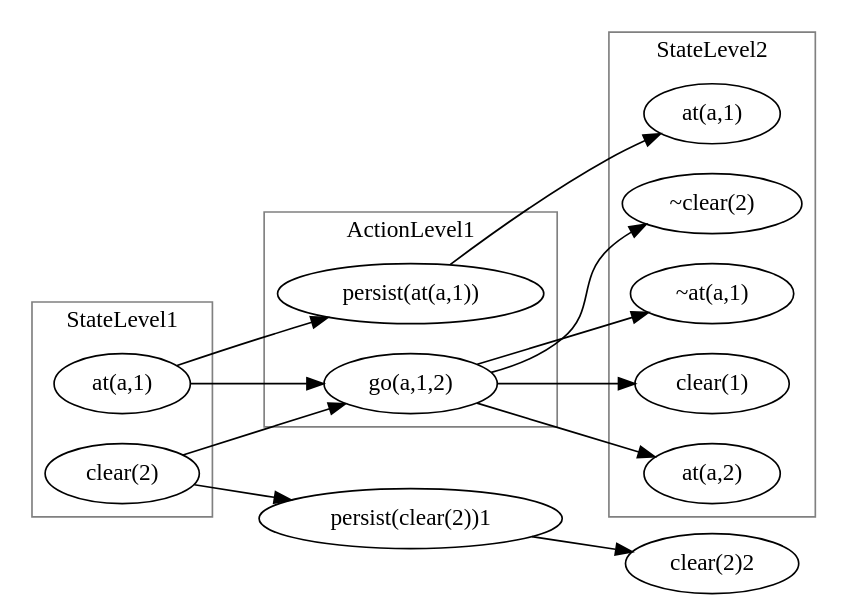
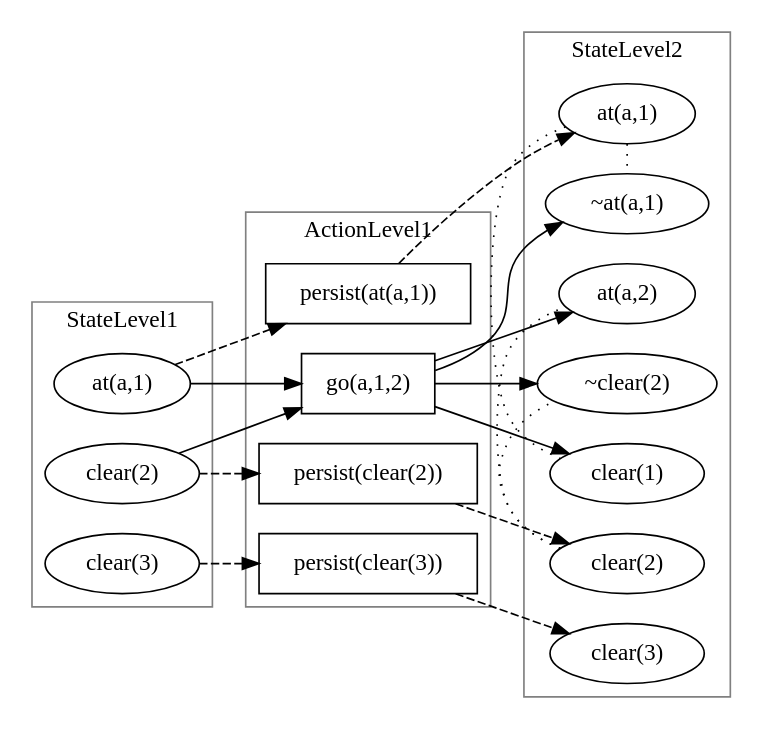
Before and after one commit to 41761707/Inzynierka: the diagram in Inzynierka/sources/GRAPHPLAN.gv, drawn with Graphviz. The commit also changed 4 other files, not shown here.

Commit message:
Poprawki graphviz

```diff
--- a/Inzynierka/sources/GRAPHPLAN.gv
+++ b/Inzynierka/sources/GRAPHPLAN.gv
@@ -1,34 +1,46 @@
 digraph G {
 	subgraph cluster_StateLevel1 {
 		color=gray
 		label=StateLevel1
-		"at(a,1)1" [label="at(a,1)"]
-		"clear(2)1" [label="clear(2)"]
+		"at(a,1)1" [label="at(a,1)" shape=oval]
+		"clear(2)1" [label="clear(2)" shape=oval]
+		"clear(3)1" [label="clear(3)" shape=oval]
 	}
+	"at(a,1)2" -> "clear(1)2" [arrowhead=none constraint=false style=dotted]
+	"at(a,1)2" -> "~at(a,1)2" [arrowhead=none constraint=false style=dotted]
+	"clear(2)2" -> "at(a,2)2" [arrowhead=none constraint=false style=dotted]
+	"clear(2)2" -> "~clear(2)2" [arrowhead=none constraint=false style=dotted]
 	subgraph cluster_ActionLevel1 {
 		color=gray
 		label=ActionLevel1
-		"go(a,1,2)1" [label="go(a,1,2)"]
-		"persist(at(a,1))1" [label="persist(at(a,1))"]
+		"persist(clear(3))1" [label="persist(clear(3))" shape=box]
+		"persist(clear(2))1" [label="persist(clear(2))" shape=box]
+		"persist(at(a,1))1" [label="persist(at(a,1))" shape=box]
+		"go(a,1,2)1" [label="go(a,1,2)" shape=box]
+		"persist(at(a,1))1" [label="persist(at(a,1))" shape=box]
 	}
 	subgraph cluster_StateLevel2 {
 		color=gray
 		label=StateLevel2
-		"~clear(2)2" [label="~clear(2)"]
-		"~at(a,1)2" [label="~at(a,1)"]
-		"clear(1)2" [label="clear(1)"]
-		"at(a,2)2" [label="at(a,2)"]
-		"at(a,1)2" [label="at(a,1)"]
+		"clear(3)2" [label="clear(3)" shape=oval]
+		"clear(2)2" [label="clear(2)" shape=oval]
+		"at(a,1)2" [label="at(a,1)" shape=oval]
+		"~clear(2)2" [label="~clear(2)" shape=oval]
+		"~at(a,1)2" [label="~at(a,1)" shape=oval]
+		"clear(1)2" [label="clear(1)" shape=oval]
+		"at(a,2)2" [label="at(a,2)" shape=oval]
 	}
-	"at(a,1)1" -> "persist(at(a,1))1"
-	"persist(at(a,1))1" -> "at(a,1)2"
+	"at(a,1)1" -> "persist(at(a,1))1" [style=dashed]
+	"persist(at(a,1))1" -> "at(a,1)2" [style=dashed]
 	"at(a,1)1" -> "go(a,1,2)1"
 	"clear(2)1" -> "go(a,1,2)1"
 	"go(a,1,2)1" -> "at(a,2)2"
 	"go(a,1,2)1" -> "clear(1)2"
 	"go(a,1,2)1" -> "~at(a,1)2"
 	"go(a,1,2)1" -> "~clear(2)2"
-	"clear(2)1" -> "persist(clear(2))1"
-	"persist(clear(2))1" -> "clear(2)2"
+	"clear(2)1" -> "persist(clear(2))1" [style=dashed]
+	"persist(clear(2))1" -> "clear(2)2" [style=dashed]
+	"clear(3)1" -> "persist(clear(3))1" [style=dashed]
+	"persist(clear(3))1" -> "clear(3)2" [style=dashed]
 	rankdir=LR
 }
```
